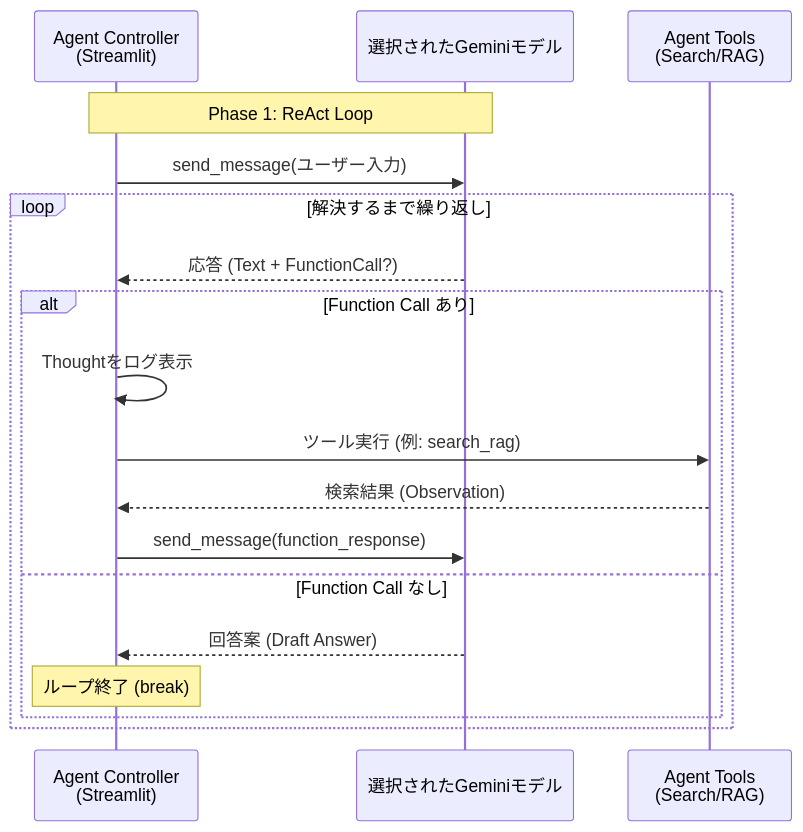
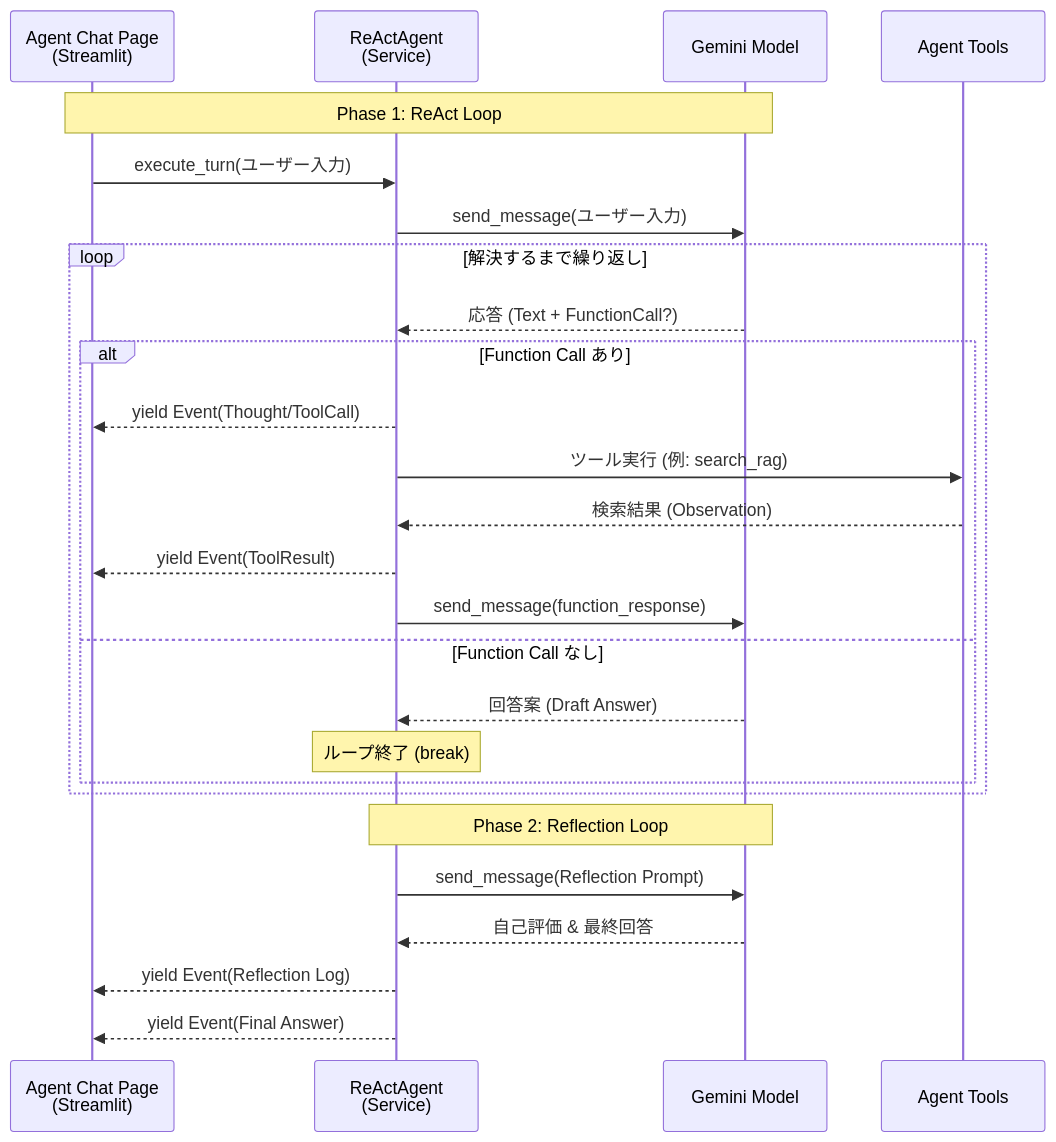
Before and after one commit to nakashima2toshio/gemini_agent_rag: the ninth of 10 diagrams in README.md, drawn with Mermaid. The commit also changed other lines of this file and 11 other files, not shown here.

````diff
--- a/README.md
+++ b/README.md
@@ -773,21 +798,30 @@
 ```mermaid
 sequenceDiagram
-    participant UI as Agent Controller<br>(Streamlit)
-    participant LLM as 選択されたGeminiモデル
-    participant Tool as Agent Tools<br>(Search/RAG)
+    participant UI as Agent Chat Page<br>(Streamlit)
+    participant Svc as ReActAgent<br>(Service)
+    participant LLM as Gemini Model
+    participant Tool as Agent Tools
 
     Note over UI, LLM: Phase 1: ReAct Loop
-    UI->>LLM: send_message(ユーザー入力)
+    UI->>Svc: execute_turn(ユーザー入力)
+    Svc->>LLM: send_message(ユーザー入力)
     loop 解決するまで繰り返し
-        LLM-->>UI: 応答 (Text + FunctionCall?)
+        LLM-->>Svc: 応答 (Text + FunctionCall?)
         alt Function Call あり
-            UI->>UI: Thoughtをログ表示
-            UI->>Tool: ツール実行 (例: search_rag)
-            Tool-->>UI: 検索結果 (Observation)
-            UI->>LLM: send_message(function_response)
+            Svc-->>UI: yield Event(Thought/ToolCall)
+            Svc->>Tool: ツール実行 (例: search_rag)
+            Tool-->>Svc: 検索結果 (Observation)
+            Svc-->>UI: yield Event(ToolResult)
+            Svc->>LLM: send_message(function_response)
         else Function Call なし
-            LLM-->>UI: 回答案 (Draft Answer)
-            Note over UI: ループ終了 (break)
+            LLM-->>Svc: 回答案 (Draft Answer)
+            Note over Svc: ループ終了 (break)
         end
     end
+
+    Note over Svc, LLM: Phase 2: Reflection Loop
+    Svc->>LLM: send_message(Reflection Prompt)
+    LLM-->>Svc: 自己評価 & 最終回答
+    Svc-->>UI: yield Event(Reflection Log)
+    Svc-->>UI: yield Event(Final Answer)
 ```
````
